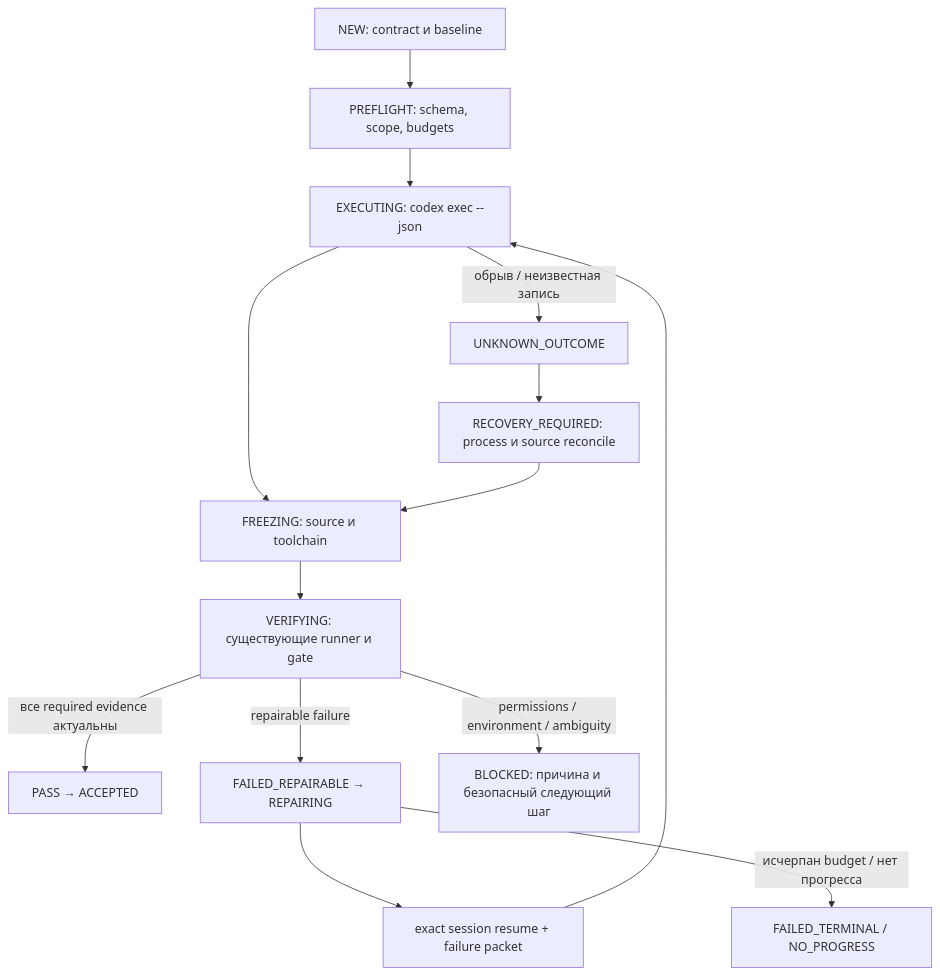
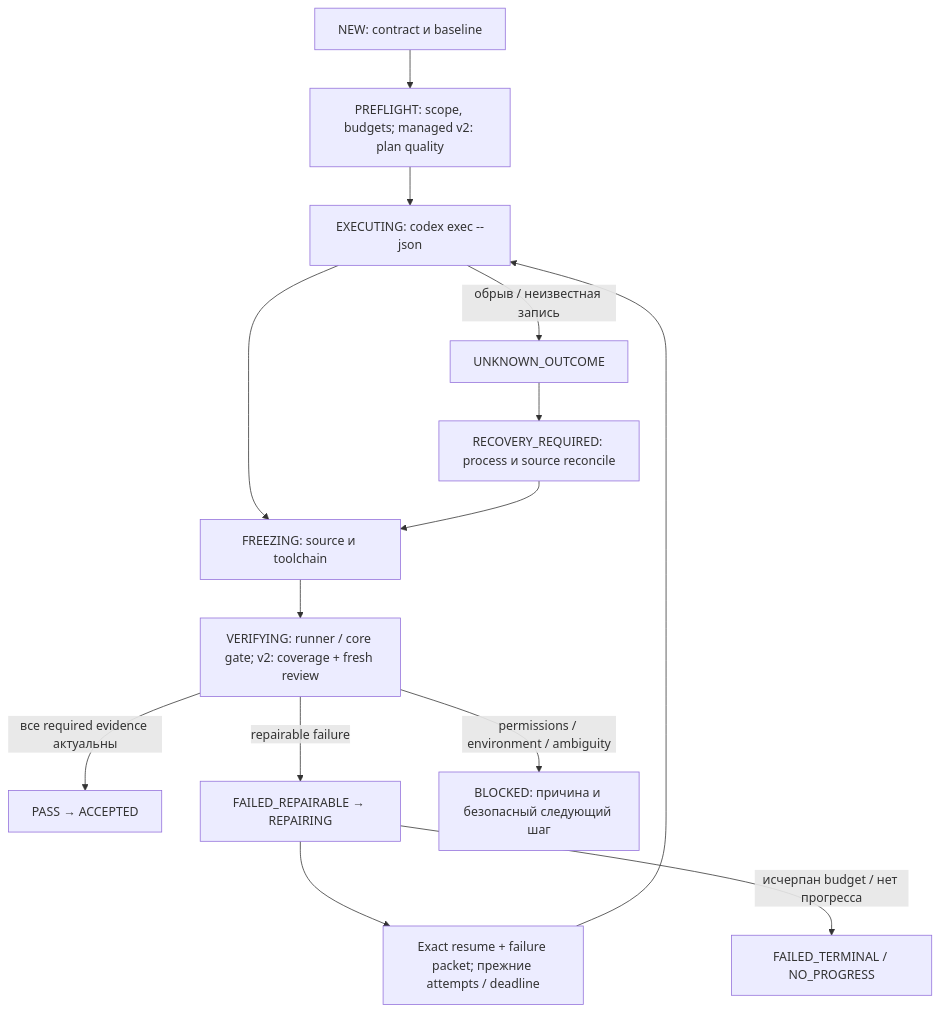
The diagram in docs/EXECUTION_SUPERVISOR_RU.md (SUKUNA-AI/agent-harness), drawn with Mermaid before and after one commit. The commit also changed other lines of this file and 62 other files, not shown here.

First line of the commit message:
docs: align all current guides and diagrams with Agent Harness 1.6.0

````diff
--- a/docs/EXECUTION_SUPERVISOR_RU.md
+++ b/docs/EXECUTION_SUPERVISOR_RU.md
@@ -18,16 +18,16 @@
 ```mermaid
 flowchart TD
-    N["NEW: contract и baseline"] --> P["PREFLIGHT: schema, scope, budgets"]
+    N["NEW: contract и baseline"] --> P["PREFLIGHT: scope, budgets; managed v2: plan quality"]
     P --> E["EXECUTING: codex exec --json"]
     E --> F["FREEZING: source и toolchain"]
-    F --> V["VERIFYING: существующие runner и gate"]
+    F --> V["VERIFYING: runner / core gate; v2: coverage + fresh review"]
     V -->|"все required evidence актуальны"| A["PASS → ACCEPTED"]
     V -->|"repairable failure"| R["FAILED_REPAIRABLE → REPAIRING"]
-    R --> X["exact session resume + failure packet"]
+    R --> X["Exact resume + failure packet; прежние attempts / deadline"]
     X --> E
     E -->|"обрыв / неизвестная запись"| U["UNKNOWN_OUTCOME"]
     U --> C["RECOVERY_REQUIRED: process и source reconcile"]
     C --> F
     V -->|"permissions / environment / ambiguity"| B["BLOCKED: причина и безопасный следующий шаг"]
     R -->|"исчерпан budget / нет прогресса"| T["FAILED_TERMINAL / NO_PROGRESS"]
 ```
````
